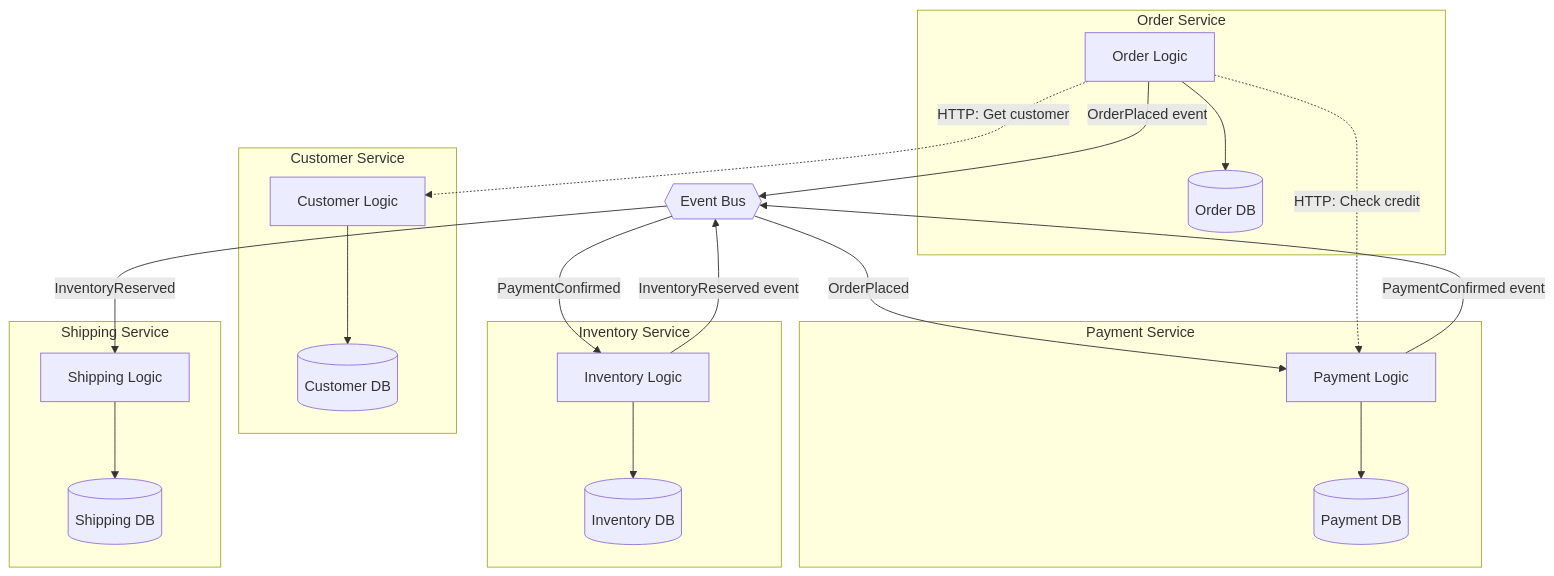
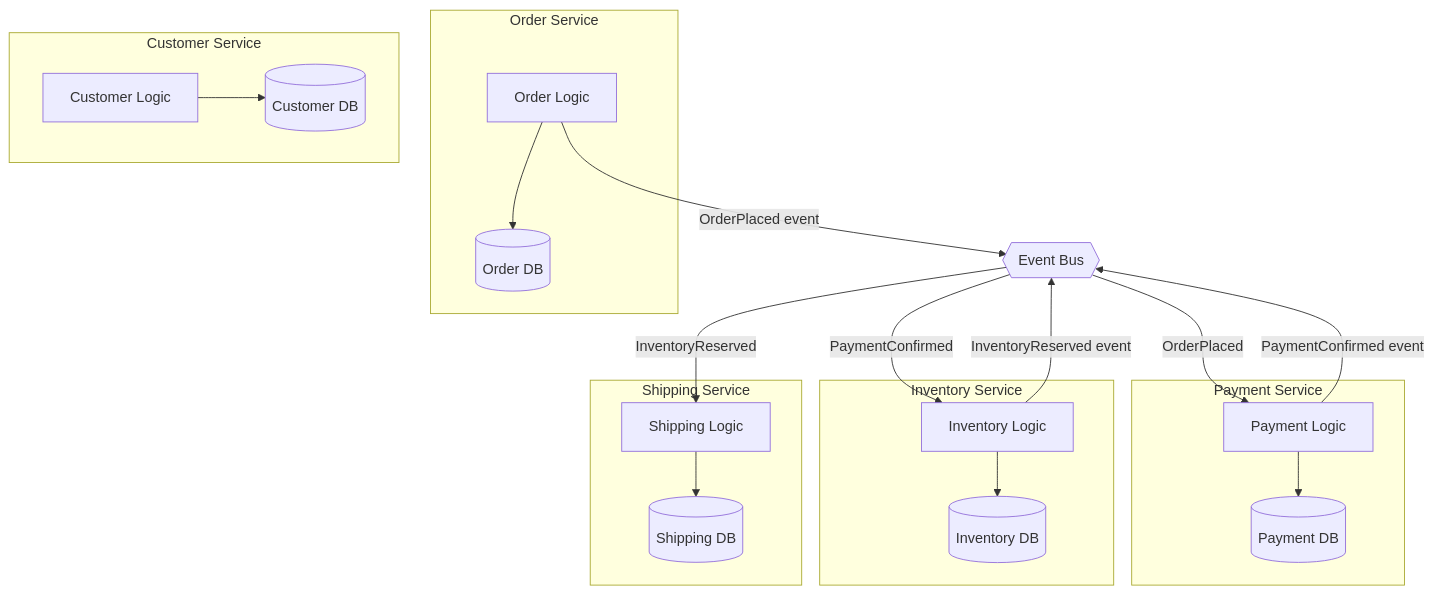
Before and after one commit to anaerobic/coupling: the second of 8 diagrams in coupling-in-practice.md, drawn with Mermaid. The commit also changed other lines of this file and 7 other files, not shown here.

````diff
--- a/coupling-in-practice.md
+++ b/coupling-in-practice.md
@@ -178,42 +178,39 @@
 ```mermaid
 flowchart TD
     subgraph Order ["Order Service"]
         OS[Order Logic]
         ODB[(Order DB)]
         OS --> ODB
     end
 
     subgraph Payment ["Payment Service"]
         PS[Payment Logic]
         PDB[(Payment DB)]
         PS --> PDB
     end
 
     subgraph Customer ["Customer Service"]
         CSvc[Customer Logic]
         CDB[(Customer DB)]
         CSvc --> CDB
     end
 
     subgraph Inventory ["Inventory Service"]
         ISvc[Inventory Logic]
         IDB[(Inventory DB)]
         ISvc --> IDB
     end
 
     subgraph Shipping ["Shipping Service"]
         SS[Shipping Logic]
         SDB[(Shipping DB)]
         SS --> SDB
     end
 
     OS -->|"OrderPlaced event"| EB{{Event Bus}}
     EB -->|"OrderPlaced"| PS
     EB -->|"PaymentConfirmed"| ISvc
     EB -->|"InventoryReserved"| SS
     PS -->|"PaymentConfirmed event"| EB
     ISvc -->|"InventoryReserved event"| EB
-
-    OS -.->|"HTTP: Check credit"| PS
-    OS -.->|"HTTP: Get customer"| CSvc
 ```
````
